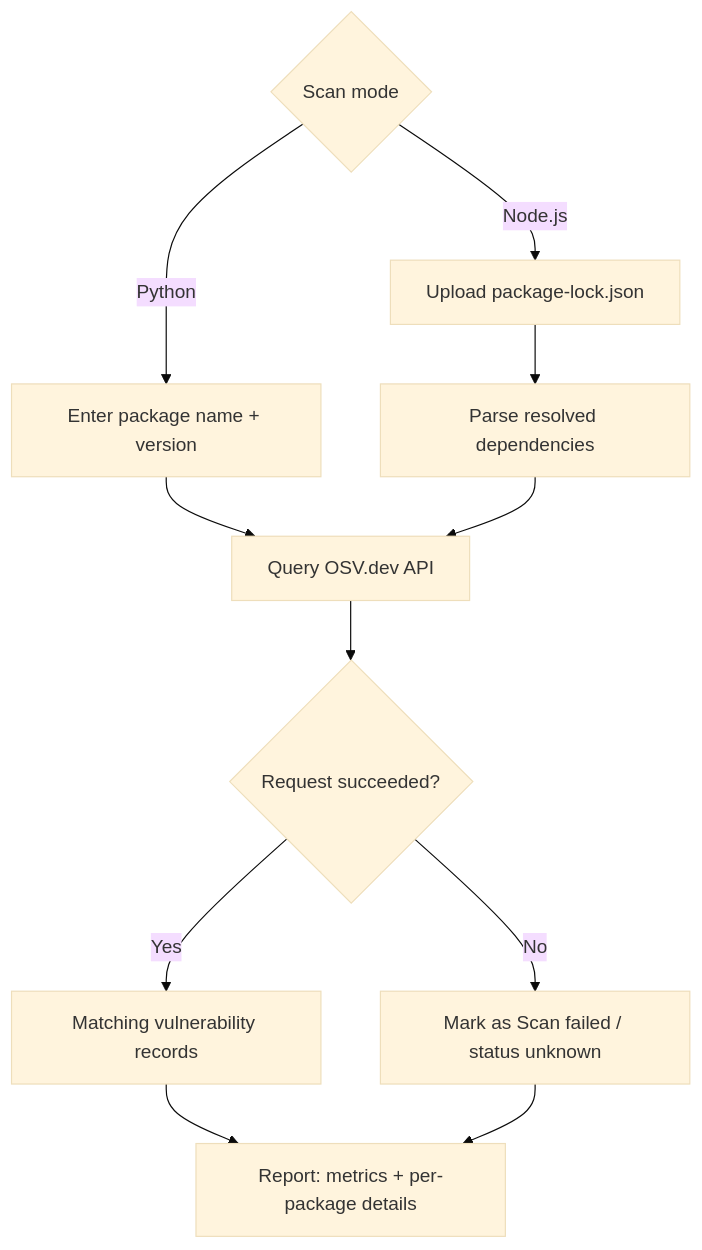
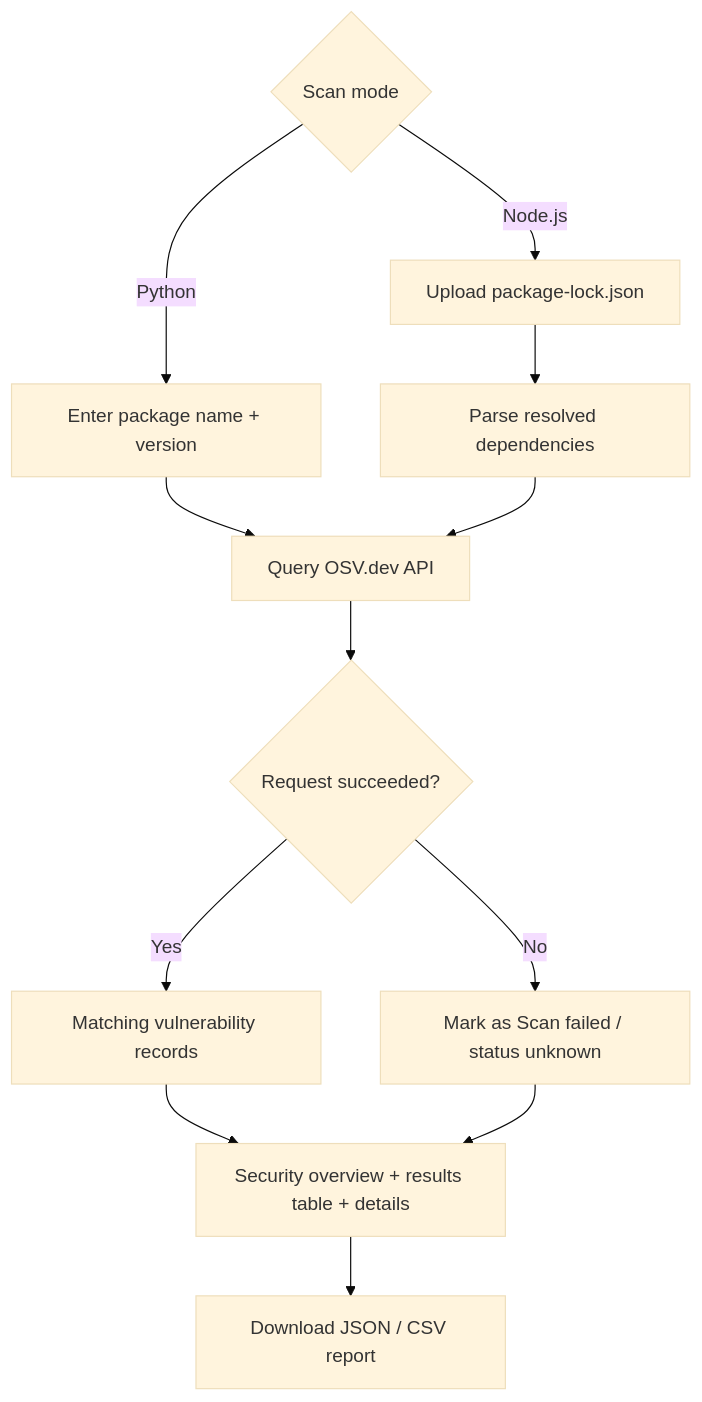
Before and after one commit to Nandanpatgar/DepenDency-Risk-RaDar: the diagram in README.md, drawn with Mermaid (base theme). The commit also changed other lines of this file, not shown here.

````diff
--- a/README.md
+++ b/README.md
@@ -30,13 +32,14 @@
 ```mermaid
 flowchart TD
     A{Scan mode} -->|Python| B[Enter package name + version]
     A -->|Node.js| C[Upload package-lock.json]
     C --> D[Parse resolved dependencies]
     B --> E[Query OSV.dev API]
     D --> E
     E --> F{Request succeeded?}
     F -->|Yes| G[Matching vulnerability records]
     F -->|No| H[Mark as Scan failed / status unknown]
-    G --> I[Report: metrics + per-package details]
+    G --> I[Security overview + results table + details]
     H --> I
+    I --> J[Download JSON / CSV report]
 ```
````
